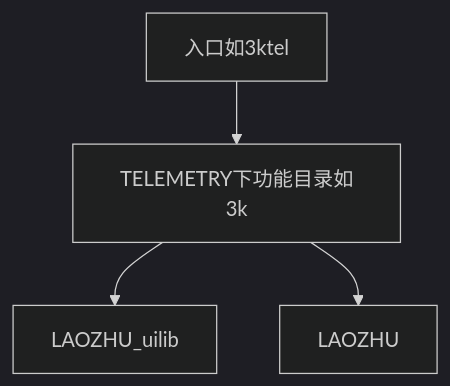
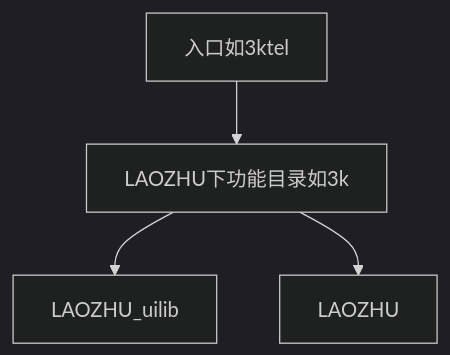
The diagram in CLAUDE.md (witon/laozhu_opentx_scripts), drawn with Mermaid (dark theme) before and after one commit. The commit also changed other lines of this file and 47 other files, not shown here.

````diff
--- a/CLAUDE.md
+++ b/CLAUDE.md
@@ -75,10 +75,10 @@
 ```mermaid
 flowchart TD
   telEntry[入口如3ktel]
-  featDir[TELEMETRY下功能目录如3k]
+  featDir[LAOZHU下功能目录如3k]
   commonUi[LAOZHU_uilib]
   domain[LAOZHU]
   telEntry --> featDir
   featDir --> commonUi
   featDir --> domain
 ```
````
